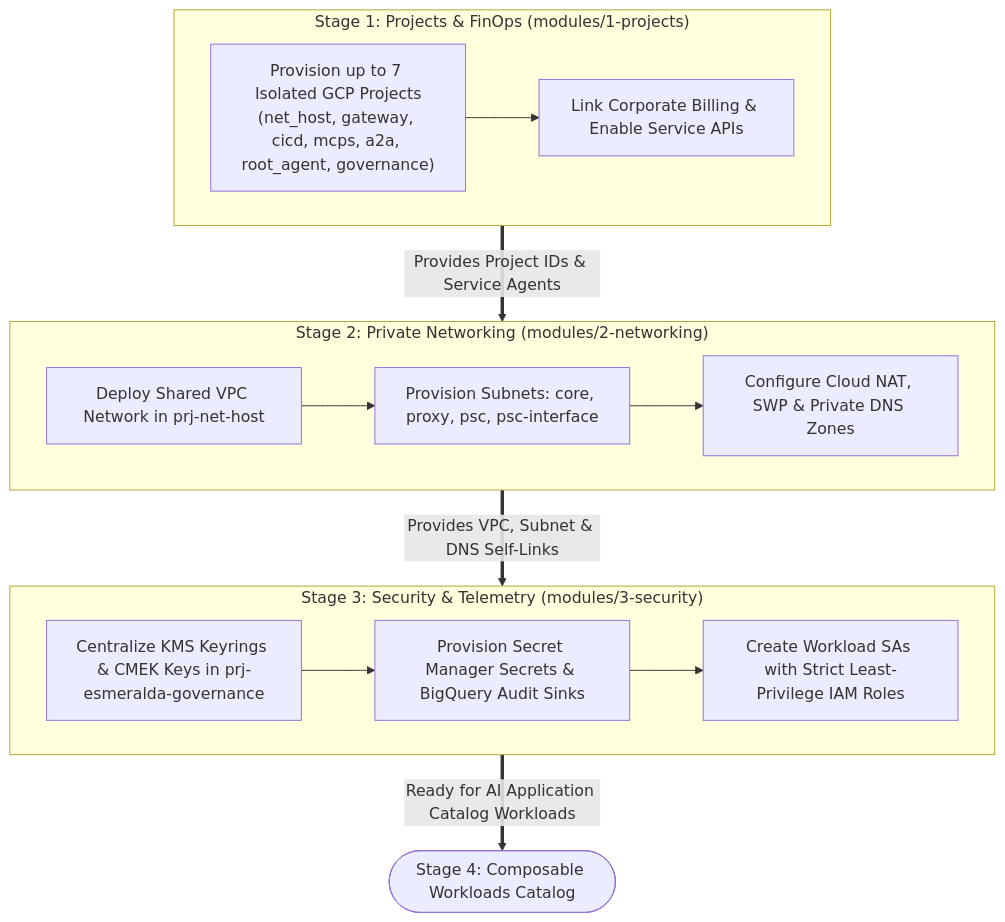
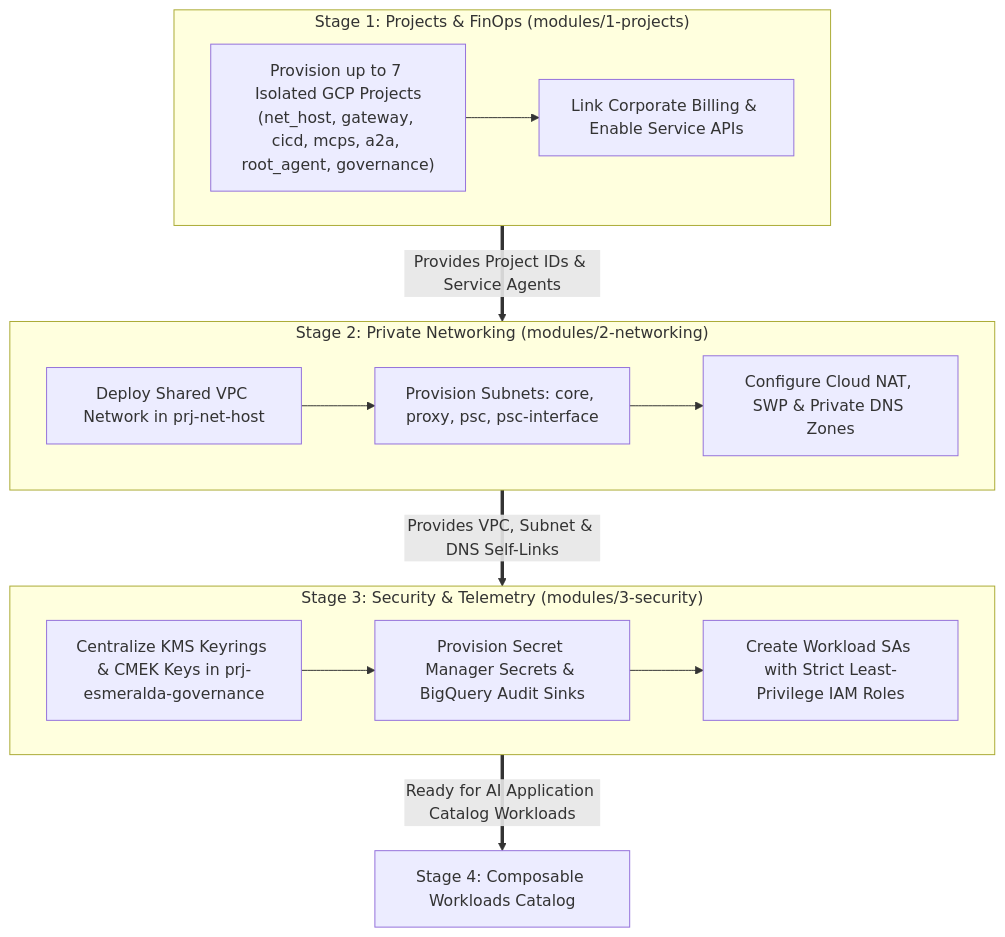
Before and after one commit to google/esmeralda: the diagram in docs/1-platform-foundations/README.md, drawn with Mermaid. The commit also changed 1 other file, not shown here.

Commit message:
docs: quote Mermaid node labels to prevent syntax errors

````diff
--- a/docs/1-platform-foundations/README.md
+++ b/docs/1-platform-foundations/README.md
@@ -9,26 +9,26 @@
 ```mermaid
 flowchart TD
     subgraph Stage1["Stage 1: Projects & FinOps (modules/1-projects)"]
         P1["Provision up to 7 Isolated GCP Projects<br/>(net_host, gateway, cicd, mcps, a2a, root_agent, governance)"]
         P2["Link Corporate Billing & Enable Service APIs"]
         P1 --> P2
     end
 
     subgraph Stage2["Stage 2: Private Networking (modules/2-networking)"]
         N1["Deploy Shared VPC Network in prj-net-host"]
         N2["Provision Subnets: core, proxy, psc, psc-interface"]
         N3["Configure Cloud NAT, SWP & Private DNS Zones"]
         N1 --> N2 --> N3
     end
 
     subgraph Stage3["Stage 3: Security & Telemetry (modules/3-security)"]
         S1["Centralize KMS Keyrings & CMEK Keys in prj-esmeralda-governance"]
         S2["Provision Secret Manager Secrets & BigQuery Audit Sinks"]
         S3["Create Workload SAs with Strict Least-Privilege IAM Roles"]
         S1 --> S2 --> S3
     end
 
     Stage1 ==>|Provides Project IDs & Service Agents| Stage2
     Stage2 ==>|Provides VPC, Subnet & DNS Self-Links| Stage3
-    Stage3 ==>|Ready for AI Application Catalog Workloads| Catalog([Stage 4: Composable Workloads Catalog])
+    Stage3 ==>|Ready for AI Application Catalog Workloads| Catalog["Stage 4: Composable Workloads Catalog"]
 ```
````
